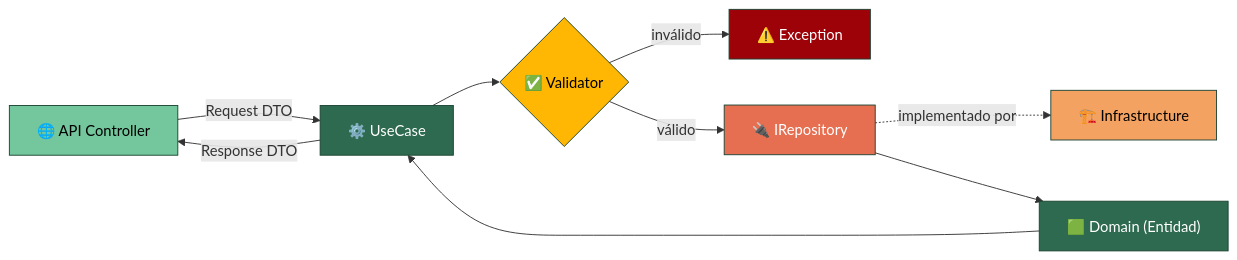
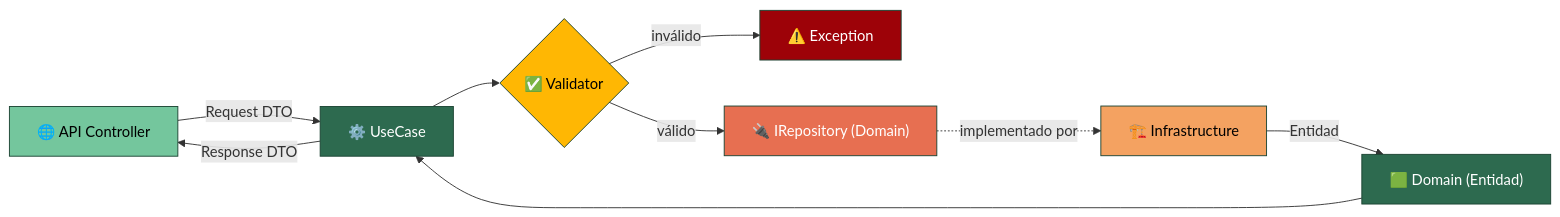
One commit to jhoncalleflores1035/precotex-backend-arquitectura changed the second of 2 diagrams in PrecotexProyecto/src/Precotex.Proyecto.Application/README.md. Above: the diagram before and after it, drawn with Mermaid. The commit also changed other lines of this file and 5 other files, not shown here.

Commit message:
Refactor architecture documentation: clarify repository contracts and dependencies across layers

````diff
--- a/PrecotexProyecto/src/Precotex.Proyecto.Application/README.md
+++ b/PrecotexProyecto/src/Precotex.Proyecto.Application/README.md
@@ -36,19 +36,19 @@
 ```mermaid
 flowchart LR
     A["🌐 API Controller"] -->|"Request DTO"| B["⚙️ UseCase"]
     B --> C{"✅ Validator"}
     C -->|inválido| X["⚠️ Exception"]
-    C -->|válido| D["🔌 IRepository"]
+    C -->|válido| D["🔌 IRepository (Domain)"]
     D -.implementado por.-> E["🏗️ Infrastructure"]
-    D --> F["🟩 Domain (Entidad)"]
+    E -->|"Entidad"| F["🟩 Domain (Entidad)"]
     F --> B
     B -->|"Response DTO"| A
 
     style A fill:#74c69d,stroke:#1b4332,color:#000
     style B fill:#2d6a4f,stroke:#1b4332,color:#fff
     style C fill:#ffb703,stroke:#1b4332,color:#000
     style X fill:#9d0208,stroke:#1b4332,color:#fff
     style D fill:#e76f51,stroke:#1b4332,color:#fff
     style E fill:#f4a261,stroke:#1b4332,color:#000
     style F fill:#2d6a4f,stroke:#1b4332,color:#fff
 ```
````
